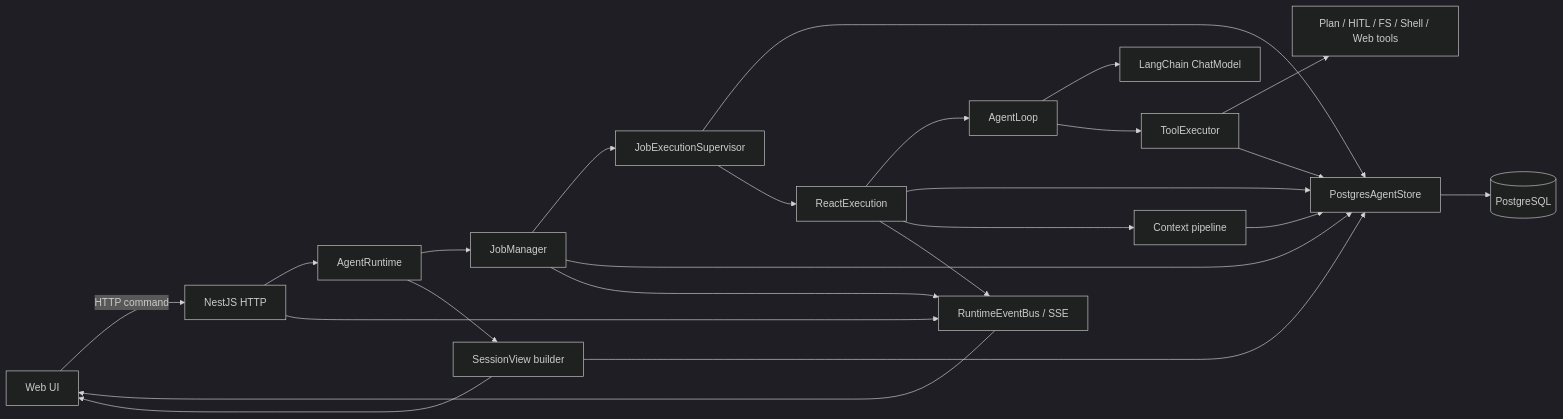
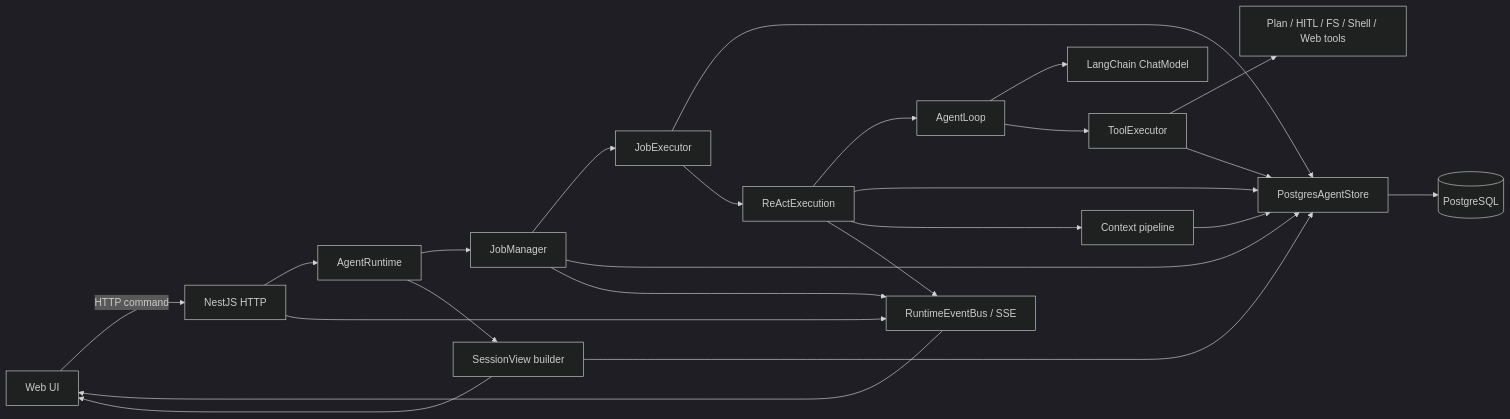
One commit to lucyonegit/agent-runtime-v2 changed the first of 13 diagrams in docs/00-current-runtime-full-chain.md. Above: the diagram before and after it, drawn with Mermaid (dark theme). The commit also changed other lines of this file and 27 other files, not shown here.

```diff
--- a/docs/00-current-runtime-full-chain.md
+++ b/docs/00-current-runtime-full-chain.md
@@ -19,29 +19,29 @@
 ~~~mermaid
 flowchart LR
     UI["Web UI"] -->|"HTTP command"| HTTP["NestJS HTTP"]
     HTTP --> AR["AgentRuntime"]
     AR --> JM["JobManager"]
-    JM --> JES["JobExecutionSupervisor"]
+    JM --> JES["JobExecutor"]
     JM --> STORE["PostgresAgentStore"]
     JES --> STORE
-    JES --> RER["ReactExecution"]
+    JES --> RER["ReActExecution"]
     RER --> AL["AgentLoop"]
     AL --> LC["LangChain ChatModel"]
     AL --> TE["ToolExecutor"]
     TE --> TOOLS["Plan / HITL / FS / Shell / Web tools"]
 
     RER --> STORE
     TE --> STORE
     STORE --> PG[("PostgreSQL")]
 
     RER --> CTX["Context pipeline"]
     CTX --> STORE
 
     AR --> VIEW["SessionView builder"]
     VIEW --> STORE
     HTTP --> SSE["RuntimeEventBus / SSE"]
     JM --> SSE
     RER --> SSE
     SSE --> UI
     VIEW --> UI
 ~~~
```
